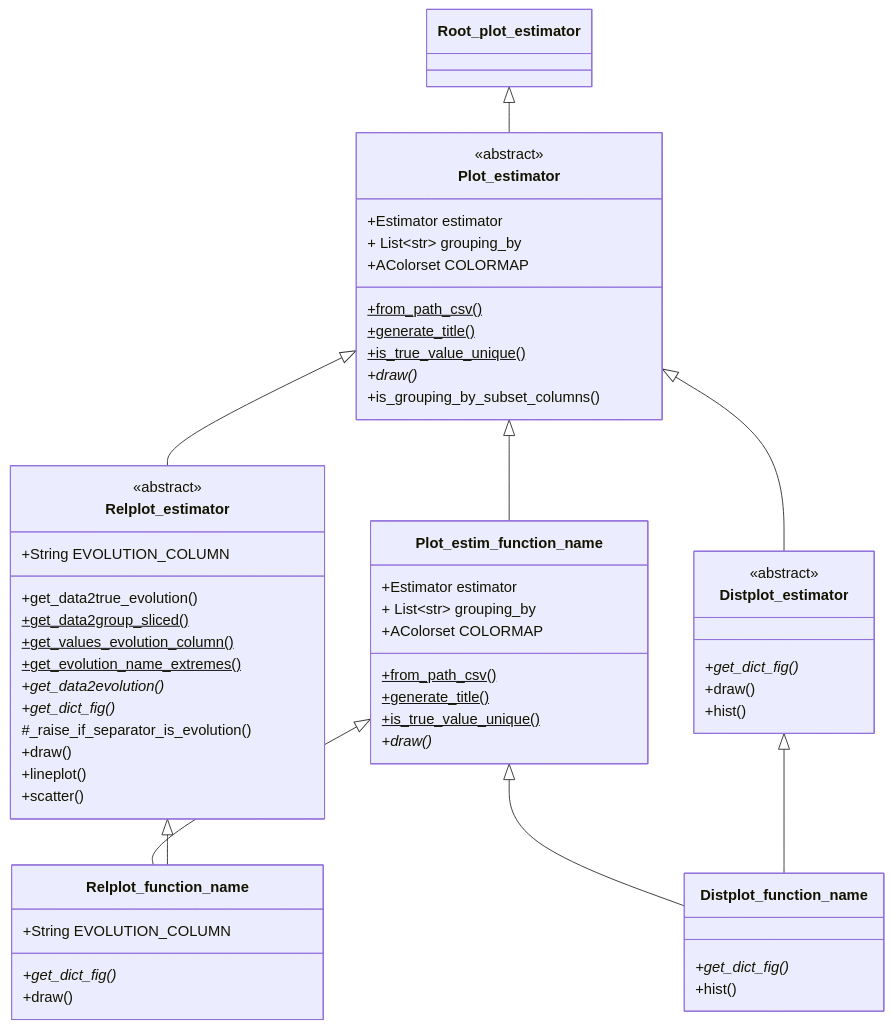
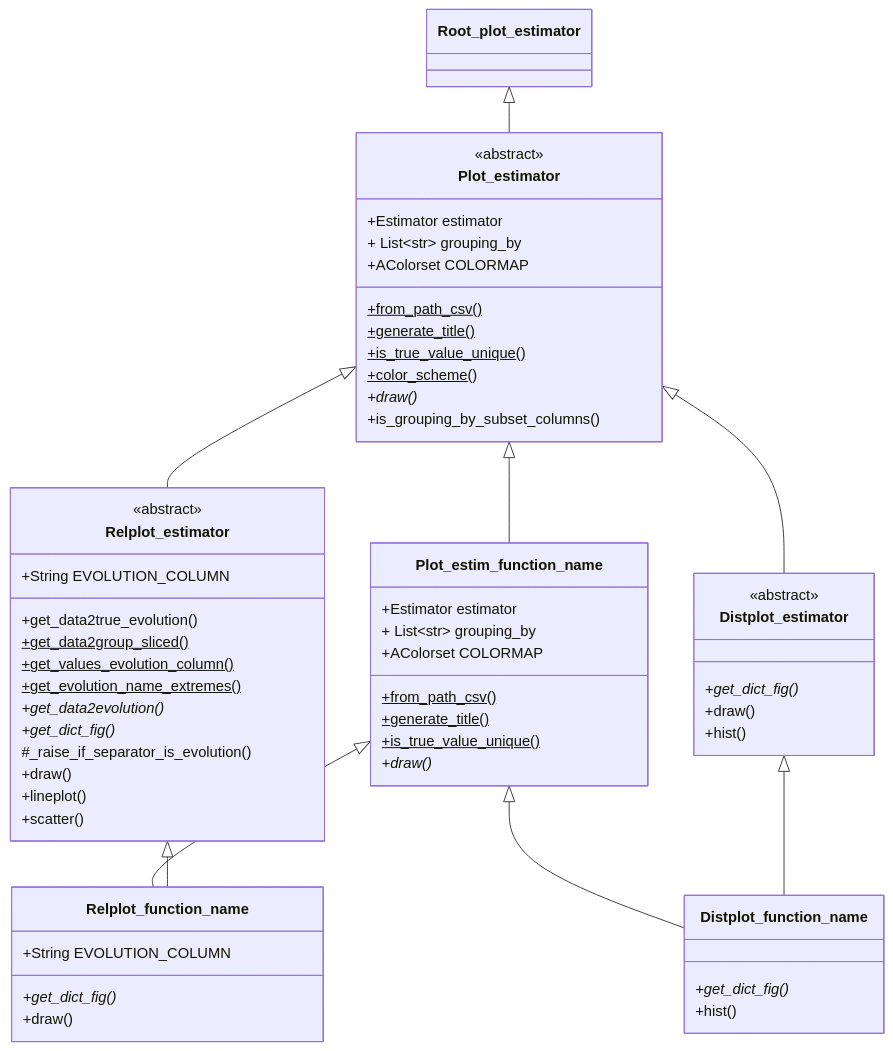
Before and after one commit to Code-Cornelius/CorAI: the second of 3 diagrams in priv_lib_estimator/how_to_use_estimators_and_plotters.MD, drawn with Mermaid. The commit also changed other lines of this file and 28 other files, not shown here.

````diff
--- a/priv_lib_estimator/how_to_use_estimators_and_plotters.MD
+++ b/priv_lib_estimator/how_to_use_estimators_and_plotters.MD
@@ -59,80 +65,81 @@
 ```mermaid
 classDiagram
         
         Root_plot_estimator  <|-- Plot_estimator
         
         Plot_estimator       <|-- Relplot_estimator
         Plot_estimator       <|-- Distplot_estimator
 
         Plot_estimator       <|-- Plot_estim_function_name
 
         Plot_estim_function_name       <|-- Relplot_function_name
         Plot_estim_function_name       <|-- Distplot_function_name
 
         Relplot_estimator       <|-- Relplot_function_name
         Distplot_estimator            <|-- Distplot_function_name
         
         
         <<abstract>> Plot_estimator
         <<abstract>> Relplot_estimator
         <<abstract>> Distplot_estimator
 
         
      
         Plot_estimator:                +from_path_csv()$ 
         Plot_estimator:                +generate_title()$ 
         Plot_estimator:                +is_true_value_unique()$
+        Plot_estimator:                +color_scheme()$
         Plot_estimator:                +draw()* 
 
         Plot_estimator:                +Estimator estimator 
         Plot_estimator:                + List~str~ grouping_by
         Plot_estimator:                +AColorset COLORMAP
         Plot_estimator:                +is_grouping_by_subset_columns()
 
 
         
         Relplot_estimator:       +String EVOLUTION_COLUMN
         
         Relplot_estimator:       +get_data2true_evolution()
         Relplot_estimator:       +get_data2group_sliced()$   
         Relplot_estimator:       +get_values_evolution_column()$     
         Relplot_estimator:       +get_evolution_name_extremes()$  
         Relplot_estimator:       +get_data2evolution()* 
         Relplot_estimator:       +get_dict_fig()* 
         
         Relplot_estimator:       #_raise_if_separator_is_evolution()    
         Relplot_estimator:       +draw()     
         Relplot_estimator:       +lineplot()     
         Relplot_estimator:       +scatter()     
 
         
         Distplot_estimator:       +get_dict_fig()*
         Distplot_estimator:       +draw()
         Distplot_estimator:       +hist()
 
 
 
         
         
         Plot_estim_function_name:                +from_path_csv()$ 
         Plot_estim_function_name:                +generate_title()$ 
         Plot_estim_function_name:                +is_true_value_unique()$
         Plot_estim_function_name:                +draw()* 
 
         Plot_estim_function_name:                +Estimator estimator 
         Plot_estim_function_name:                + List~str~ grouping_by
         Plot_estim_function_name:                +AColorset COLORMAP
 
 
         
         Relplot_function_name:       +String EVOLUTION_COLUMN
         
         Relplot_function_name:       +get_dict_fig()* 
         Relplot_function_name:       +draw()     
 
         
         
         Distplot_function_name:       +get_dict_fig()*
         Distplot_function_name:       +hist()
         
 ```
````
